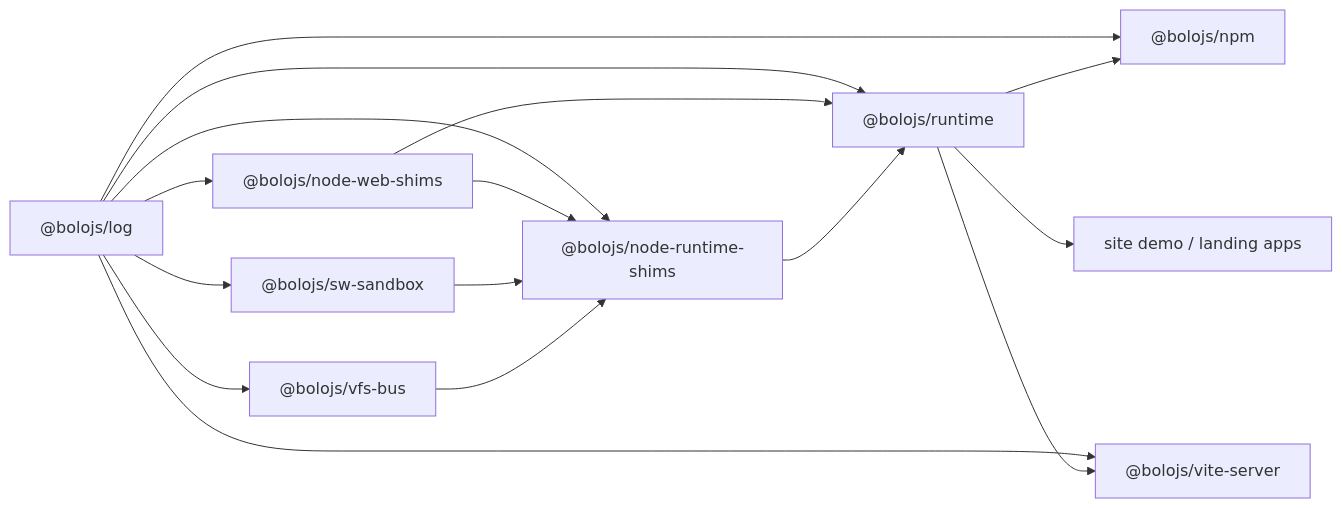
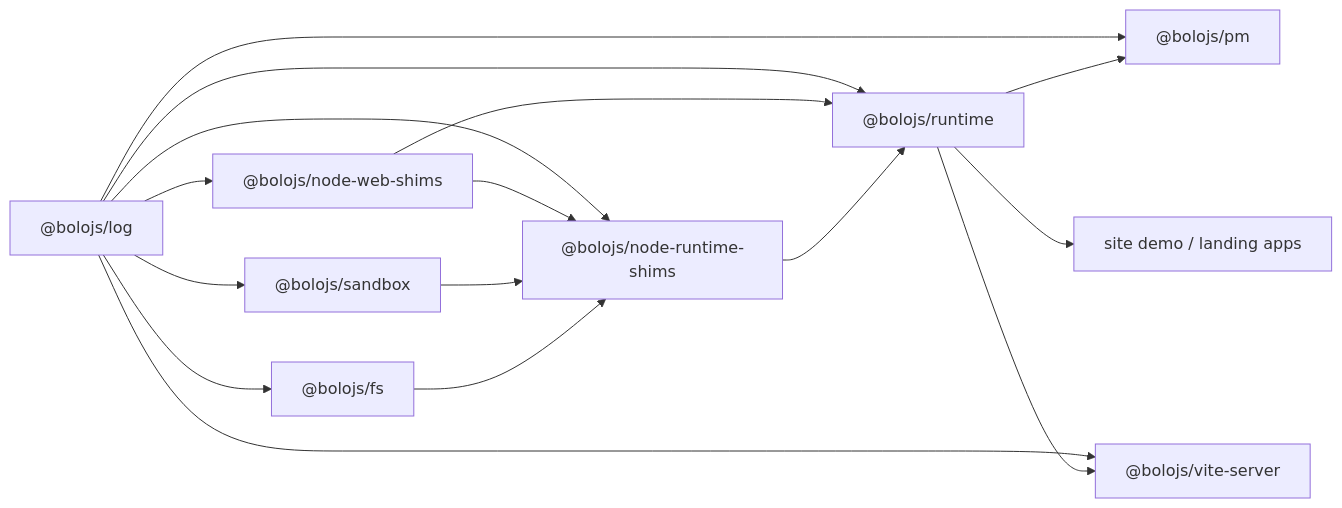
One commit to bolojs/bolo changed the second of 2 diagrams in .agents/docs/ARCHITECTURE.md. Above: the diagram before and after it, drawn with Mermaid. The commit also changed other lines of this file and 6 other files, not shown here.

````diff
--- a/.agents/docs/ARCHITECTURE.md
+++ b/.agents/docs/ARCHITECTURE.md
@@ -109,18 +110,18 @@
 ```mermaid
 flowchart LR
-    vfs["@bolojs/vfs-bus"] --> nrs["@bolojs/node-runtime-shims"]
-    sw["@bolojs/sw-sandbox"] --> nrs
+    vfs["@bolojs/fs"] --> nrs["@bolojs/node-runtime-shims"]
+    sw["@bolojs/sandbox"] --> nrs
     nws["@bolojs/node-web-shims"] --> nrs
     nrs --> runtime["@bolojs/runtime"]
     nws --> runtime
-    runtime --> npm["@bolojs/npm"]
+    runtime --> npm["@bolojs/pm"]
     runtime --> vs["@bolojs/vite-server"]
     runtime --> apps["site demo / landing apps"]
     log["@bolojs/log"] --> vfs
     log --> nrs
     log --> sw
     log --> nws
     log --> runtime
     log --> npm
     log --> vs
 ```
````
